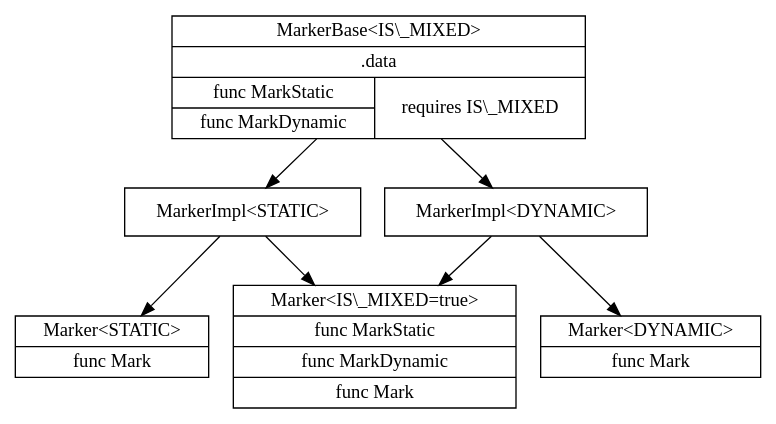
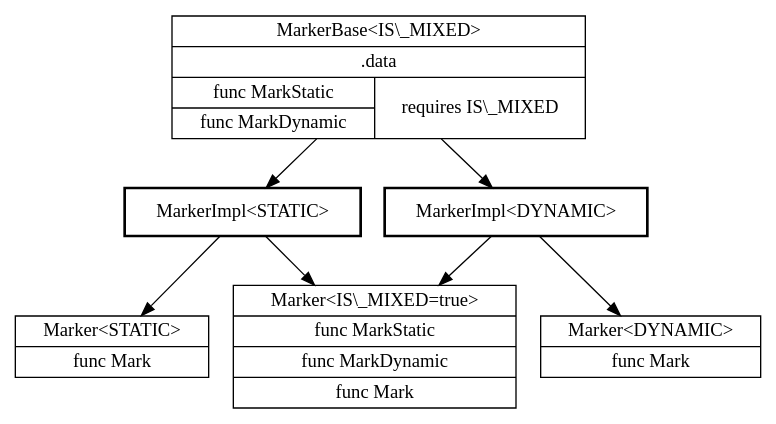
The diagram in res/dot/marker_new.dot (kp2pml30/bachelor-thesis), drawn with Graphviz before and after one commit. The commit also changed 8 other files, not shown here.

```diff
--- a/res/dot/marker_new.dot
+++ b/res/dot/marker_new.dot
@@ -1,15 +1,15 @@
 digraph G {
 	node [shape="record"];
 	base [label="{MarkerBase&lt;IS\\_MIXED&gt;|.data|{{func MarkStatic|func MarkDynamic}|requires IS\\_MIXED}}"];
-	markers [label="MarkerImpl&lt;STATIC&gt;"];
-	markerd [label="MarkerImpl&lt;DYNAMIC&gt;"];
+	markers [label="MarkerImpl&lt;STATIC&gt;", penwidth=2];
+	markerd [label="MarkerImpl&lt;DYNAMIC&gt;", penwidth=2];
 	markerm [label="{Marker&lt;IS\\_MIXED=true&gt;|func MarkStatic|func MarkDynamic|func Mark}"];
 	base -> markers;
 	base -> markerd;
 	markers -> markerm;
 	markerd -> markerm;
 	markerms [label="{Marker&lt;STATIC&gt;|func Mark}"];
 	markermd [label="{Marker&lt;DYNAMIC&gt;|func Mark}"];
 	markers -> markerms;
 	markerd -> markermd;
 }
```
